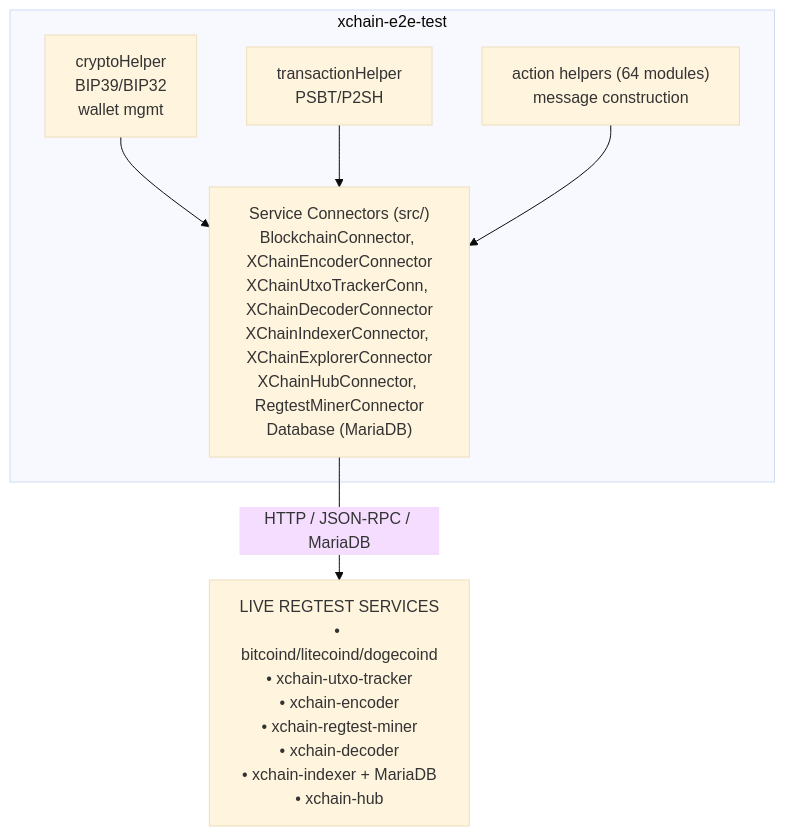
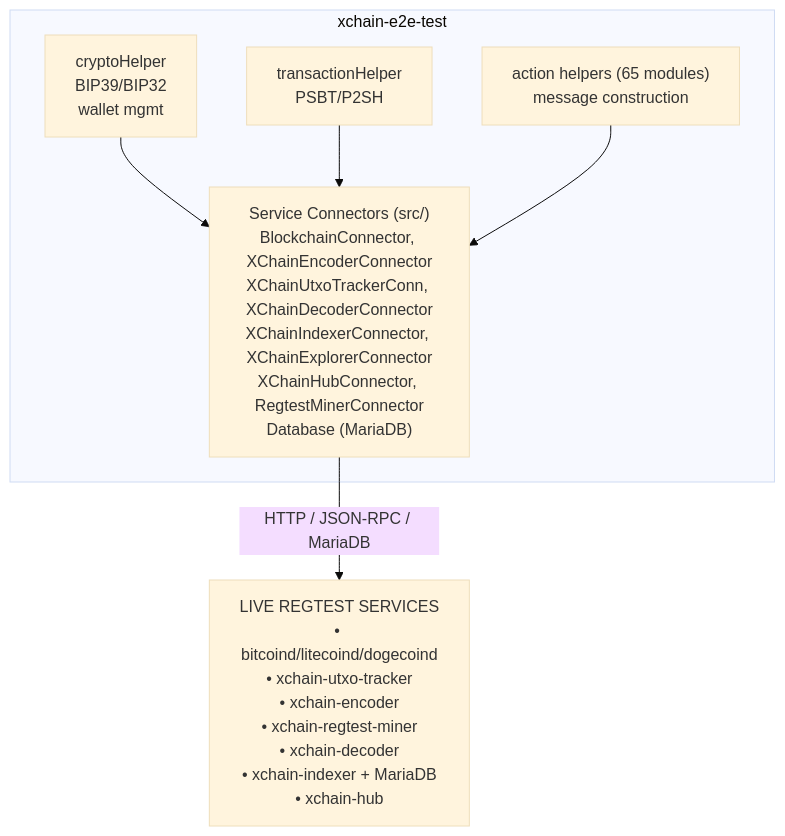
One commit to XChain-Platform/xchain-documentation changed the second of 2 diagrams in components/e2e-test/README.md. Above: the diagram before and after it, drawn with Mermaid (base theme). The commit also changed 1 other file, not shown here.

Commit message:
Recount the e2e helper modules in the component docs at 65

````diff
--- a/components/e2e-test/README.md
+++ b/components/e2e-test/README.md
@@ -65,14 +65,14 @@
 ```mermaid
 flowchart TD
     subgraph E2E["xchain-e2e-test"]
         CH["cryptoHelper<br>BIP39/BIP32<br>wallet mgmt"]
         TH["transactionHelper<br>PSBT/P2SH"]
-        AH["action helpers (64 modules)<br>message construction"]
+        AH["action helpers (65 modules)<br>message construction"]
         SC["Service Connectors (src/)<br>BlockchainConnector, XChainEncoderConnector<br>XChainUtxoTrackerConn, XChainDecoderConnector<br>XChainIndexerConnector, XChainExplorerConnector<br>XChainHubConnector, RegtestMinerConnector<br>Database (MariaDB)"]
         CH --> SC
         TH --> SC
         AH --> SC
     end
     SVC["LIVE REGTEST SERVICES<br>• bitcoind/litecoind/dogecoind<br>• xchain-utxo-tracker<br>• xchain-encoder<br>• xchain-regtest-miner<br>• xchain-decoder<br>• xchain-indexer + MariaDB<br>• xchain-hub"]
     SC -->|HTTP / JSON-RPC / MariaDB| SVC
 ```
````
